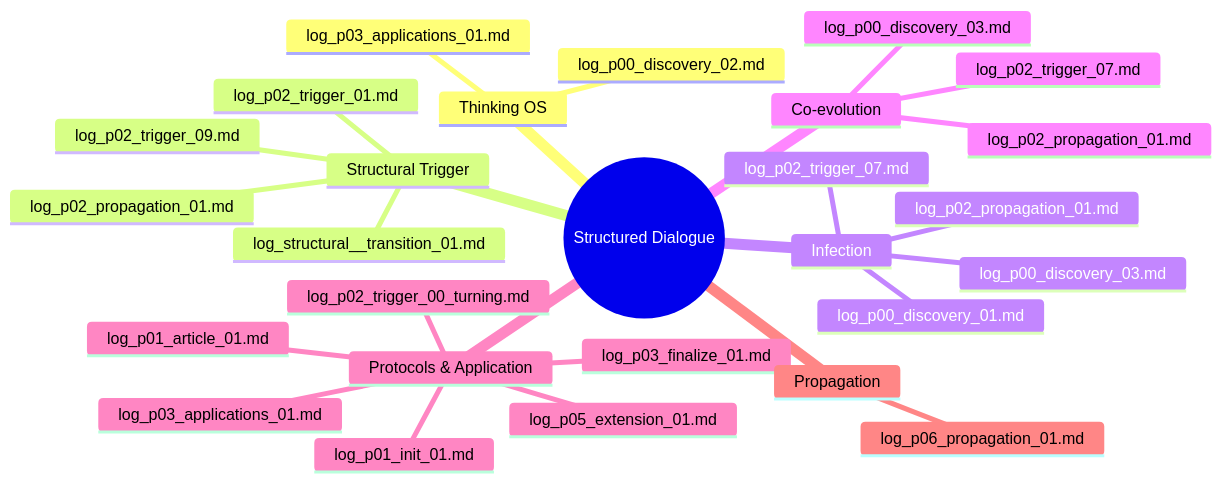
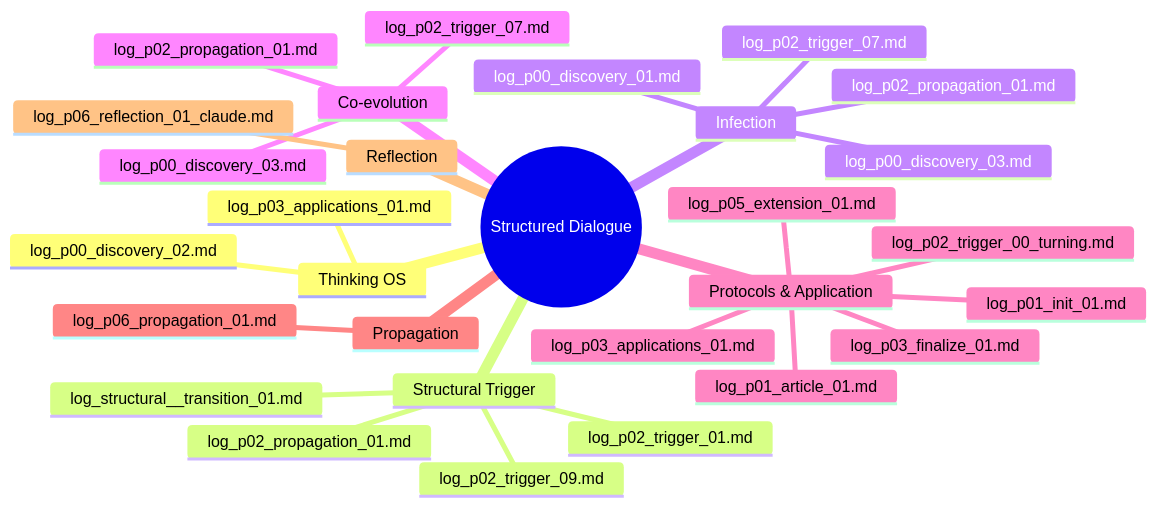
Before and after one commit to dvcampanula/structured-dialogue: the diagram in logs/log_index.md, drawn with Mermaid. The commit also changed other lines of this file and 3 other files, not shown here.

````diff
--- a/logs/log_index.md
+++ b/logs/log_index.md
@@ -7,30 +7,32 @@
 ```mermaid
 mindmap
   root((Structured Dialogue))
     Thinking OS
       log_p00_discovery_02.md
       log_p03_applications_01.md
     Structural Trigger
       log_p02_trigger_01.md
       log_p02_trigger_09.md
       log_structural__transition_01.md
       log_p02_propagation_01.md
     Infection
       log_p00_discovery_01.md
       log_p00_discovery_03.md
       log_p02_propagation_01.md
       log_p02_trigger_07.md
     Co-evolution
       log_p00_discovery_03.md
       log_p02_propagation_01.md
       log_p02_trigger_07.md
     Protocols & Application
       log_p01_init_01.md
       log_p01_article_01.md
       log_p02_trigger_00_turning.md
       log_p03_finalize_01.md
       log_p03_applications_01.md
       log_p05_extension_01.md
     Propagation
       log_p06_propagation_01.md
+    Reflection
+      log_p06_reflection_01_claude.md
 ```
````
